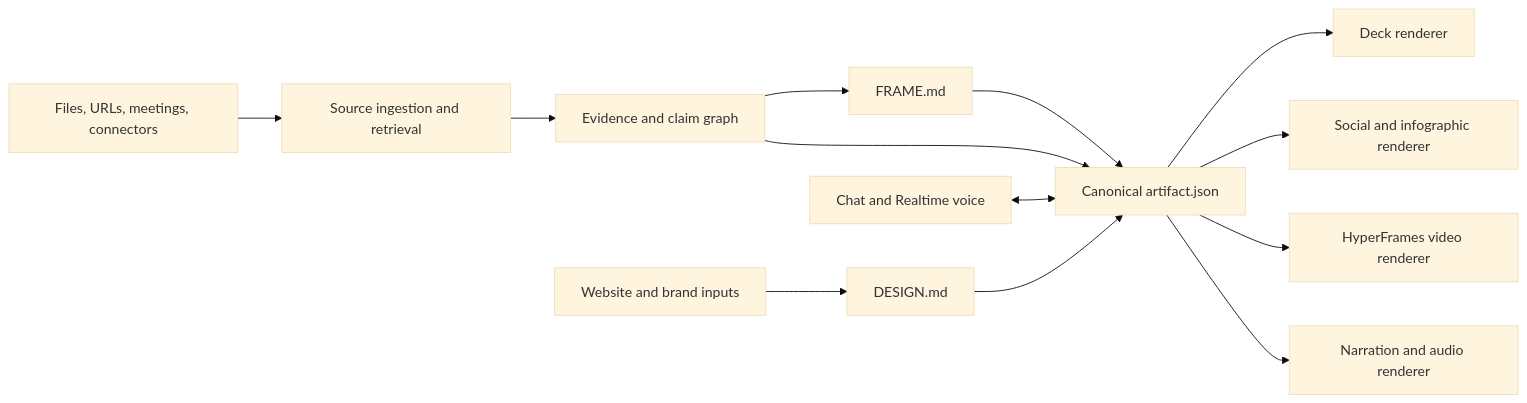
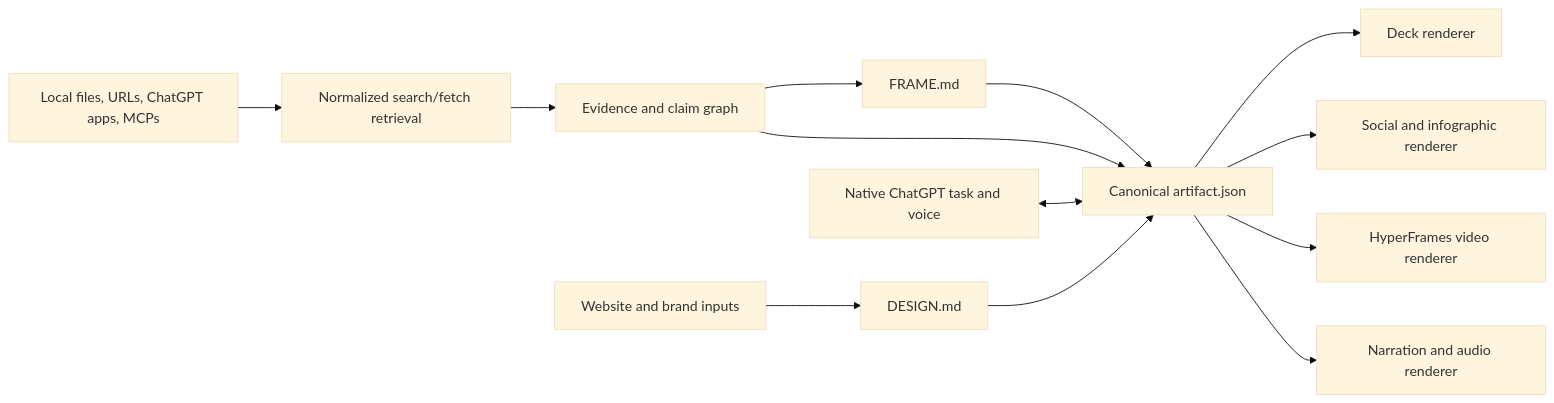
Before and after one commit to daniel-p-green/OAI-Build-Week-2026: the diagram in research/openai-architecture.md, drawn with Mermaid (base theme). The commit also changed other lines of this file and 15 other files, not shown here.

Commit message:
docs: lock unified WorkshopLM architecture

````diff
--- a/research/openai-architecture.md
+++ b/research/openai-architecture.md
@@ -9,15 +9,15 @@
 ```mermaid
 flowchart LR
-    A["Files, URLs, meetings, connectors"] --> B["Source ingestion and retrieval"]
+    A["Local files, URLs, ChatGPT apps, MCPs"] --> B["Normalized search/fetch retrieval"]
     B --> C["Evidence and claim graph"]
     C --> D["FRAME.md"]
     E["Website and brand inputs"] --> F["DESIGN.md"]
     D --> G["Canonical artifact.json"]
     F --> G
     C --> G
-    H["Chat and Realtime voice"] <--> G
+    H["Native ChatGPT task and voice"] <--> G
     G --> I["Deck renderer"]
     G --> J["Social and infographic renderer"]
     G --> K["HyperFrames video renderer"]
     G --> L["Narration and audio renderer"]
 ```
````
